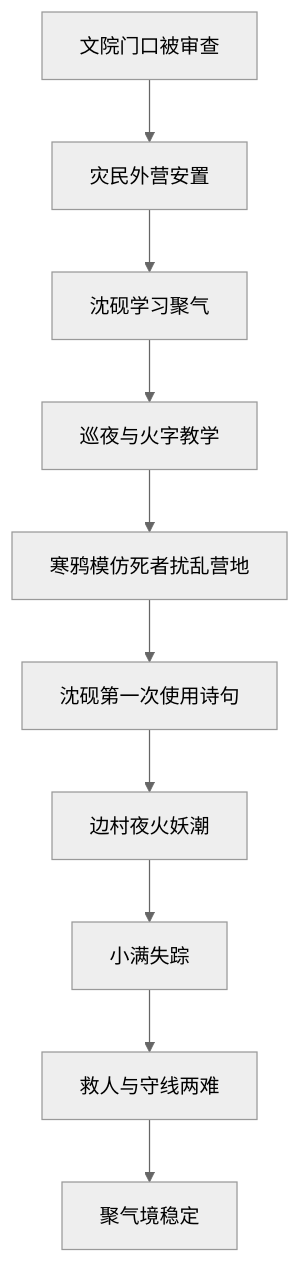
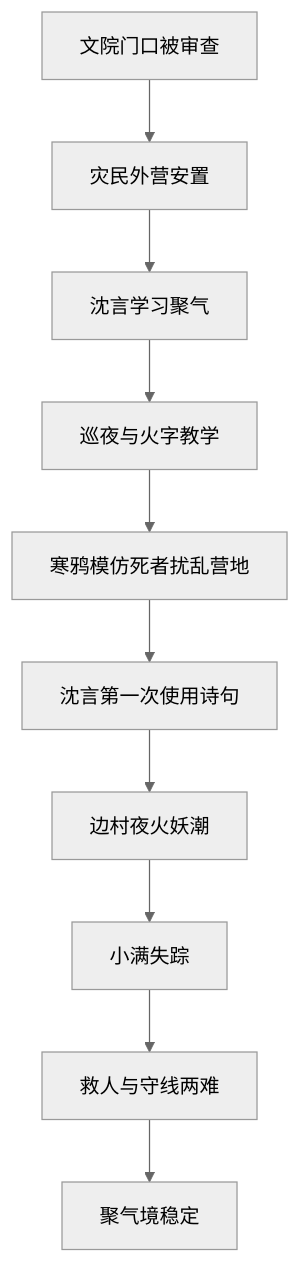
Before and after one commit to tyrantqiao/GodOfHanzi: the fourth of 5 diagrams in docs/narrative/story-map-and-factions.md, drawn with Mermaid (neutral theme). The commit also changed other lines of this file and 5 other files, not shown here.

````diff
--- a/docs/narrative/story-map-and-factions.md
+++ b/docs/narrative/story-map-and-factions.md
@@ -338,12 +338,12 @@
 ```mermaid
 flowchart TD
   A[文院门口被审查] --> B[灾民外营安置]
-  B --> C[沈砚学习聚气]
+  B --> C[沈言学习聚气]
   C --> D[巡夜与火字教学]
   D --> E[寒鸦模仿死者扰乱营地]
-  E --> F[沈砚第一次使用诗句]
+  E --> F[沈言第一次使用诗句]
   F --> G[边村夜火妖潮]
   G --> H[小满失踪]
   H --> I[救人与守线两难]
   I --> J[聚气境稳定]
 ```
````
